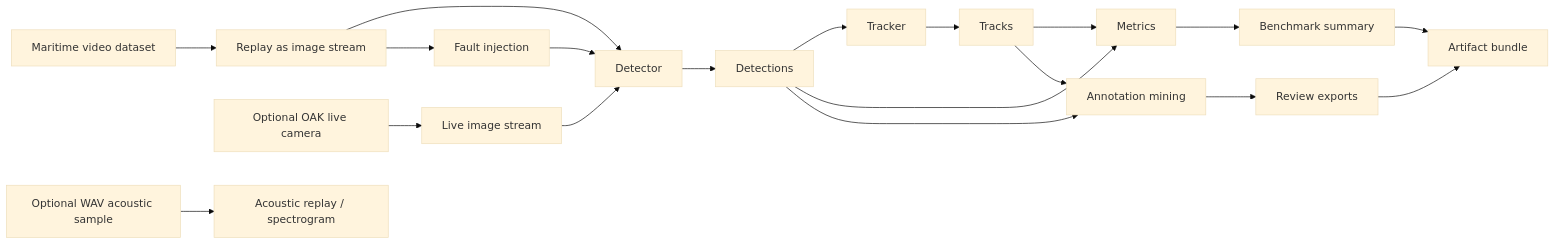
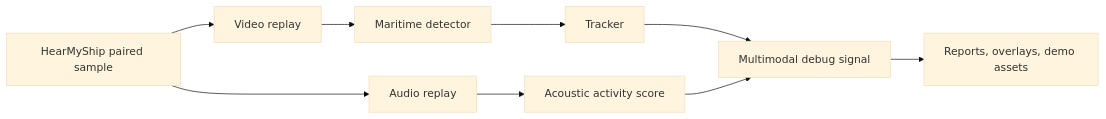
Before and after one commit to rolandocortez/maritime-perception-replay-bench: the diagram in README.md, drawn with Mermaid (base theme). The commit also changed other lines of this file, not shown here.

Commit message:
docs(readme): clarify project value and multimodal demo story

````diff
--- a/README.md
+++ b/README.md
@@ -13,27 +21,11 @@
 ```mermaid
 flowchart LR
-    A[Maritime video dataset] --> B[Replay as image stream]
-    O[Optional OAK live camera] --> C[Live image stream]
-    W[Optional WAV acoustic sample] --> X[Acoustic replay / spectrogram]
-
-    B --> D[Detector]
-    C --> D
-
-    D --> E[Detections]
-    E --> F[Tracker]
-    F --> G[Tracks]
-
-    B --> H[Fault injection]
-    H --> D
-
-    E --> M[Metrics]
-    G --> M
-
-    E --> N[Annotation mining]
-    G --> N
-
-    M --> R[Benchmark summary]
-    N --> S[Review exports]
-    R --> T[Artifact bundle]
-    S --> T
+    A[HearMyShip paired sample] --> B[Video replay]
+    A --> C[Audio replay]
+    B --> D[Maritime detector]
+    D --> E[Tracker]
+    C --> F[Acoustic activity score]
+    E --> G[Multimodal debug signal]
+    F --> G
+    G --> H[Reports, overlays, demo assets]
 ```
````
